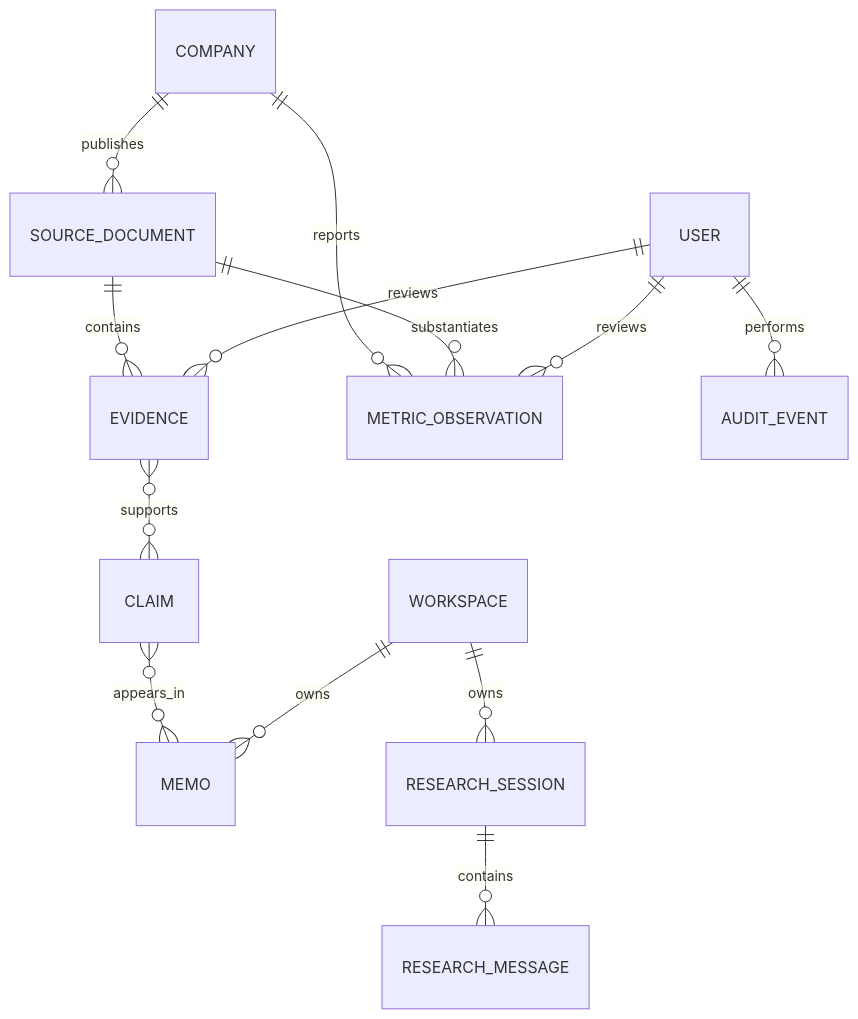
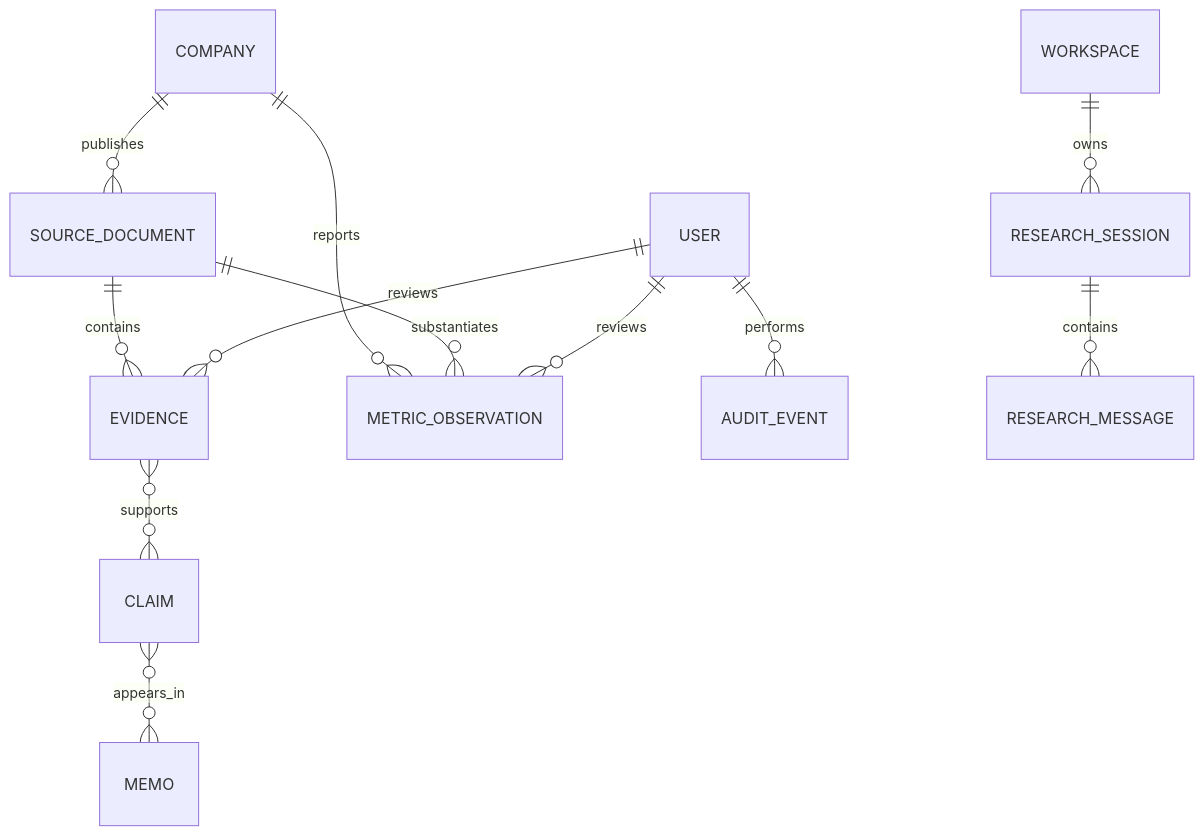
The second of 2 diagrams in README.md (timwong101/ai-infra-terminal), drawn with Mermaid before and after one commit. The commit also changed other lines of this file and 21 other files, not shown here.

````diff
--- a/README.md
+++ b/README.md
@@ -106,15 +112,14 @@
 ```mermaid
 erDiagram
     COMPANY ||--o{ SOURCE_DOCUMENT : publishes
     SOURCE_DOCUMENT ||--o{ EVIDENCE : contains
     COMPANY ||--o{ METRIC_OBSERVATION : reports
     SOURCE_DOCUMENT ||--o{ METRIC_OBSERVATION : substantiates
     USER ||--o{ METRIC_OBSERVATION : reviews
     EVIDENCE }o--o{ CLAIM : supports
     CLAIM }o--o{ MEMO : appears_in
-    WORKSPACE ||--o{ MEMO : owns
     USER ||--o{ EVIDENCE : reviews
     USER ||--o{ AUDIT_EVENT : performs
     WORKSPACE ||--o{ RESEARCH_SESSION : owns
     RESEARCH_SESSION ||--o{ RESEARCH_MESSAGE : contains
 ```
````
